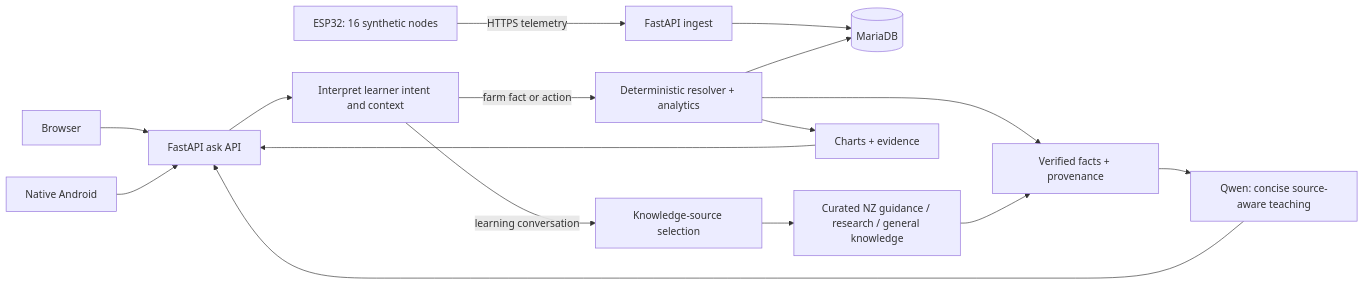
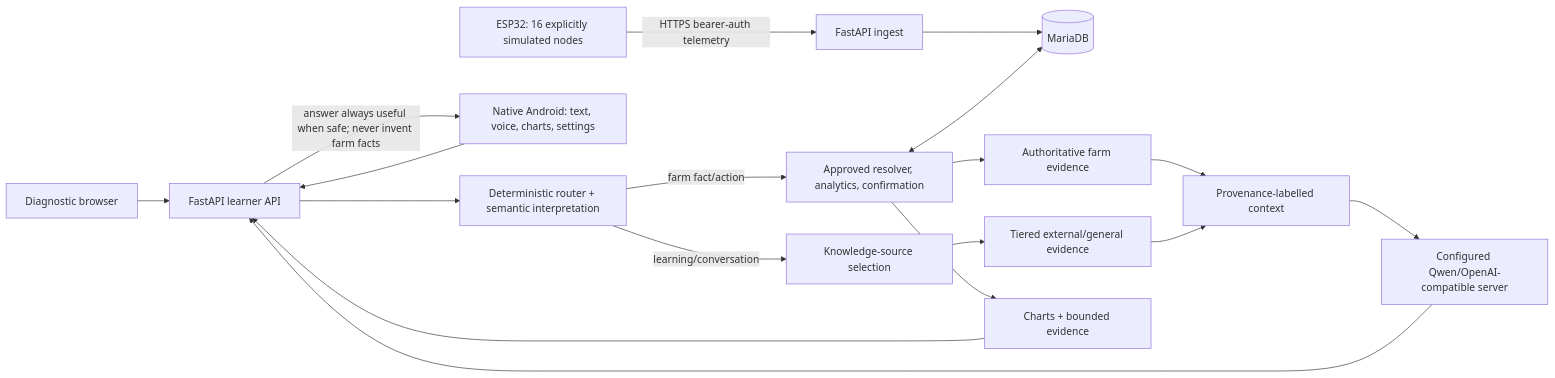
One commit to w0rmy/farmpi changed the diagram in docs/diagrams/system-architecture.mmd. Above: the diagram before and after it, drawn with Mermaid. The commit also changed 39 other files, not shown here.

```diff
--- a/docs/diagrams/system-architecture.mmd
+++ b/docs/diagrams/system-architecture.mmd
@@ -1,16 +1,18 @@
 flowchart LR
-  E[ESP32: 16 synthetic nodes] -->|HTTPS telemetry| I[FastAPI ingest]
+  E[ESP32: 16 explicitly simulated nodes] -->|HTTPS bearer-auth telemetry| I[FastAPI ingest]
   I --> D[(MariaDB)]
-  W[Browser] --> A[FastAPI ask API]
-  N[Native Android] --> A
-  A --> R[Interpret learner intent and context]
-  R -->|farm fact or action| X[Deterministic resolver + analytics]
-  R -->|learning conversation| L[Knowledge-source selection]
-  X --> D
-  L --> S[Curated NZ guidance / research / general knowledge]
-  X --> P[Verified facts + provenance]
-  S --> P
-  P --> Q[Qwen: concise source-aware teaching]
-  X --> G[Charts + evidence]
+  W[Diagnostic browser] --> A[FastAPI learner API]
+  N[Native Android: text, voice, charts, settings] --> A
+  A --> R[Deterministic router + semantic interpretation]
+  R -->|farm fact/action| X[Approved resolver, analytics, confirmation]
+  R -->|learning/conversation| K[Knowledge-source selection]
+  X <--> D
+  X --> P[Authoritative farm evidence]
+  K --> S[Tiered external/general evidence]
+  P --> C[Provenance-labelled context]
+  S --> C
+  C --> Q[Configured Qwen/OpenAI-compatible server]
   Q --> A
+  X --> G[Charts + bounded evidence]
   G --> A
+  A -->|answer always useful when safe; never invent farm facts| N
```
